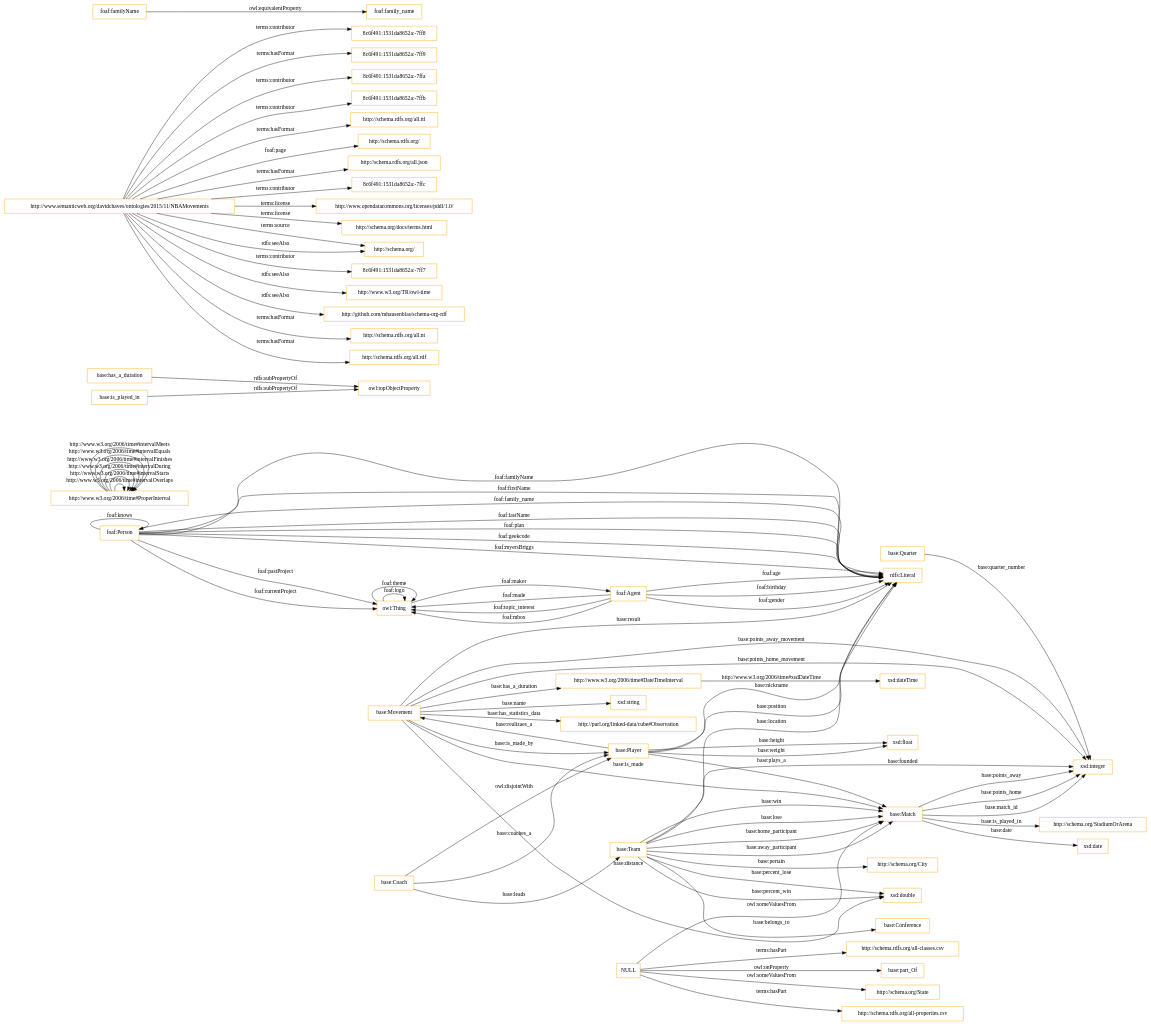
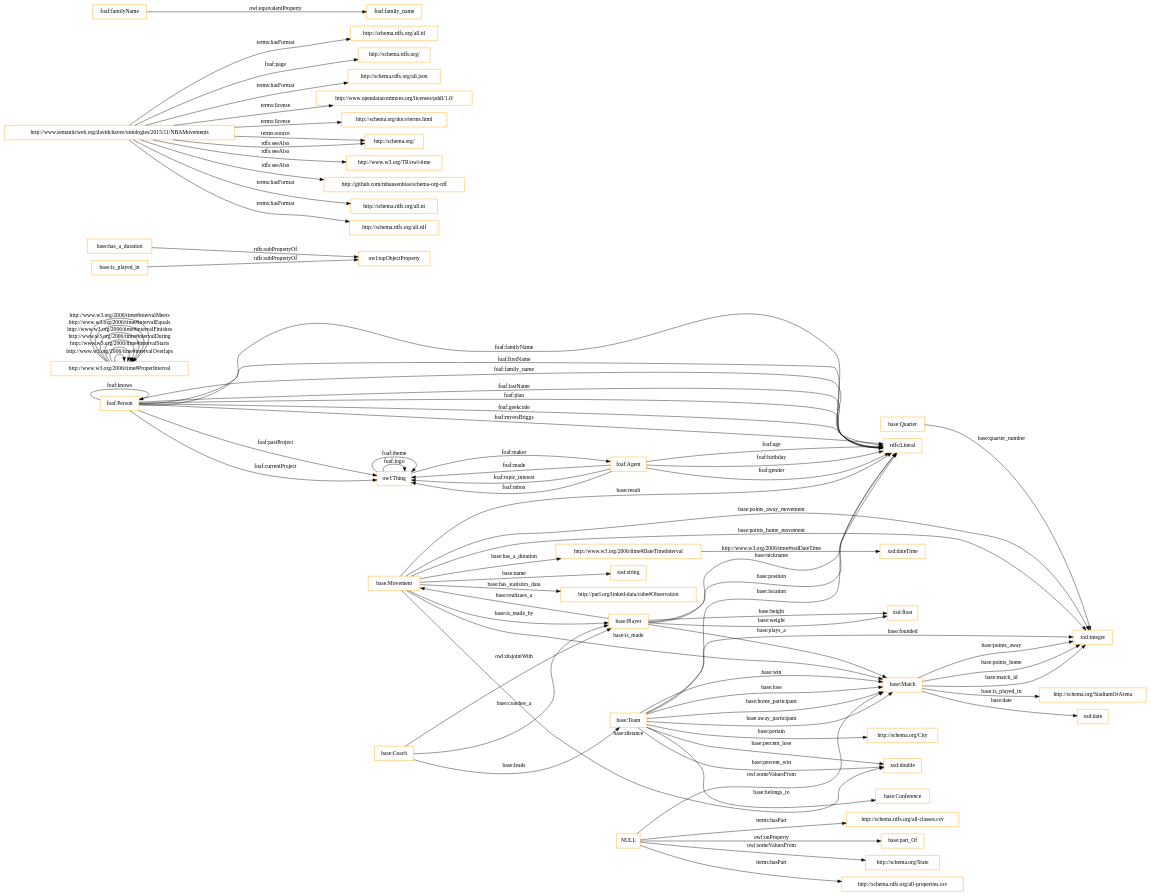
One commit to OnToologyUser/NBAMovements changed the diagram in OnToology/NBAMovementsv2.owl/diagrams/ar2dtool-class/NBAMovementsv2.owl.png.dot. Above: the diagram before and after it, drawn with Graphviz. The commit also changed 7 other files, not shown here.

```diff
--- a/OnToology/NBAMovementsv2.owl/diagrams/ar2dtool-class/NBAMovementsv2.owl.png.dot
+++ b/OnToology/NBAMovementsv2.owl/diagrams/ar2dtool-class/NBAMovementsv2.owl.png.dot
@@ -1,91 +1,85 @@
 digraph ar2dtool_diagram { 
 rankdir=LR;
 size="1501"
 node [shape = rectangle, color="orange"]; "http://www.w3.org/2006/time#DateTimeInterval" "base:Team" "base:Coach" "http://www.w3.org/2006/time#ProperInterval" "http://schema.org/State" "http://schema.org/City" "foaf:Person" "base:Player" "base:Quarter" "http://schema.org/StadiumOrArena" "base:Match" "http://purl.org/linked-data/cube#Observation" "base:Movement" "base:Conference" ; /*classes style*/
 	"base:Coach" -> "base:Player" [ label = "owl:disjointWith" ];
 	"base:has_a_duration" -> "owl:topObjectProperty" [ label = "rdfs:subPropertyOf" ];
-	"http://www.semanticweb.org/davidchaves/ontologies/2015/11/NBAMovements" -> "8c6f491:1531da8652a:-7ff8" [ label = "terms:contributor" ];
-	"http://www.semanticweb.org/davidchaves/ontologies/2015/11/NBAMovements" -> "8c6f491:1531da8652a:-7ff9" [ label = "terms:hasFormat" ];
-	"http://www.semanticweb.org/davidchaves/ontologies/2015/11/NBAMovements" -> "8c6f491:1531da8652a:-7ffa" [ label = "terms:contributor" ];
-	"http://www.semanticweb.org/davidchaves/ontologies/2015/11/NBAMovements" -> "8c6f491:1531da8652a:-7ffb" [ label = "terms:contributor" ];
 	"http://www.semanticweb.org/davidchaves/ontologies/2015/11/NBAMovements" -> "http://schema.rdfs.org/all.ttl" [ label = "terms:hasFormat" ];
 	"http://www.semanticweb.org/davidchaves/ontologies/2015/11/NBAMovements" -> "http://schema.rdfs.org/" [ label = "foaf:page" ];
 	"http://www.semanticweb.org/davidchaves/ontologies/2015/11/NBAMovements" -> "http://schema.rdfs.org/all.json" [ label = "terms:hasFormat" ];
-	"http://www.semanticweb.org/davidchaves/ontologies/2015/11/NBAMovements" -> "8c6f491:1531da8652a:-7ffc" [ label = "terms:contributor" ];
 	"http://www.semanticweb.org/davidchaves/ontologies/2015/11/NBAMovements" -> "http://www.opendatacommons.org/licenses/pddl/1.0/" [ label = "terms:license" ];
 	"http://www.semanticweb.org/davidchaves/ontologies/2015/11/NBAMovements" -> "http://schema.org/docs/terms.html" [ label = "terms:license" ];
 	"http://www.semanticweb.org/davidchaves/ontologies/2015/11/NBAMovements" -> "http://schema.org/" [ label = "terms:source" ];
-	"http://www.semanticweb.org/davidchaves/ontologies/2015/11/NBAMovements" -> "8c6f491:1531da8652a:-7ff7" [ label = "terms:contributor" ];
 	"http://www.semanticweb.org/davidchaves/ontologies/2015/11/NBAMovements" -> "http://www.w3.org/TR/owl-time" [ label = "rdfs:seeAlso" ];
 	"http://www.semanticweb.org/davidchaves/ontologies/2015/11/NBAMovements" -> "http://schema.org/" [ label = "rdfs:seeAlso" ];
 	"http://www.semanticweb.org/davidchaves/ontologies/2015/11/NBAMovements" -> "http://github.com/mhausenblas/schema-org-rdf" [ label = "rdfs:seeAlso" ];
 	"http://www.semanticweb.org/davidchaves/ontologies/2015/11/NBAMovements" -> "http://schema.rdfs.org/all.nt" [ label = "terms:hasFormat" ];
 	"http://www.semanticweb.org/davidchaves/ontologies/2015/11/NBAMovements" -> "http://schema.rdfs.org/all.rdf" [ label = "terms:hasFormat" ];
 	"base:is_played_in" -> "owl:topObjectProperty" [ label = "rdfs:subPropertyOf" ];
 	"foaf:familyName" -> "foaf:family_name" [ label = "owl:equivalentProperty" ];
 	"NULL" -> "http://schema.rdfs.org/all-properties.csv" [ label = "terms:hasPart" ];
 	"NULL" -> "http://schema.rdfs.org/all-classes.csv" [ label = "terms:hasPart" ];
 	"NULL" -> "base:Match" [ label = "owl:someValuesFrom" ];
 	"NULL" -> "http://schema.org/State" [ label = "owl:someValuesFrom" ];
 	"NULL" -> "base:part_Of" [ label = "owl:onProperty" ];
 	"base:Team" -> "rdfs:Literal" [ label = "base:location" ];
 	"owl:Thing" -> "foaf:Agent" [ label = "foaf:maker" ];
 	"base:Player" -> "rdfs:Literal" [ label = "base:nickname" ];
 	"base:Player" -> "rdfs:Literal" [ label = "base:position" ];
 	"base:Movement" -> "xsd:integer" [ label = "base:points_home_movement" ];
 	"http://www.w3.org/2006/time#ProperInterval" -> "http://www.w3.org/2006/time#ProperInterval" [ label = "http://www.w3.org/2006/time#intervalOverlaps" ];
 	"owl:Thing" -> "owl:Thing" [ label = "foaf:logo" ];
 	"foaf:Agent" -> "owl:Thing" [ label = "foaf:made" ];
 	"foaf:Agent" -> "rdfs:Literal" [ label = "foaf:birthday" ];
 	"base:Player" -> "base:Movement" [ label = "base:realizaes_a" ];
 	"foaf:Person" -> "rdfs:Literal" [ label = "foaf:familyName" ];
 	"base:Movement" -> "rdfs:Literal" [ label = "base:result" ];
 	"foaf:Person" -> "rdfs:Literal" [ label = "foaf:firstName" ];
 	"base:Team" -> "base:Match" [ label = "base:home_participant" ];
 	"foaf:Person" -> "owl:Thing" [ label = "foaf:currentProject" ];
 	"base:Movement" -> "http://purl.org/linked-data/cube#Observation" [ label = "base:has_statistics_data" ];
 	"http://www.w3.org/2006/time#ProperInterval" -> "http://www.w3.org/2006/time#ProperInterval" [ label = "http://www.w3.org/2006/time#intervalStarts" ];
 	"http://www.w3.org/2006/time#DateTimeInterval" -> "xsd:dateTime" [ label = "http://www.w3.org/2006/time#xsdDateTime" ];
 	"foaf:Agent" -> "owl:Thing" [ label = "foaf:topic_interest" ];
 	"base:Movement" -> "http://www.w3.org/2006/time#DateTimeInterval" [ label = "base:has_a_duration" ];
 	"foaf:Agent" -> "rdfs:Literal" [ label = "foaf:gender" ];
 	"base:Movement" -> "xsd:string" [ label = "base:name" ];
 	"base:Match" -> "xsd:integer" [ label = "base:points_away" ];
 	"base:Team" -> "base:Match" [ label = "base:away_participant" ];
 	"http://www.w3.org/2006/time#ProperInterval" -> "http://www.w3.org/2006/time#ProperInterval" [ label = "http://www.w3.org/2006/time#intervalDuring" ];
 	"base:Team" -> "base:Conference" [ label = "base:belongs_to" ];
 	"http://www.w3.org/2006/time#ProperInterval" -> "http://www.w3.org/2006/time#ProperInterval" [ label = "http://www.w3.org/2006/time#intervalFinishes" ];
 	"base:Coach" -> "base:Player" [ label = "base:coaches_a" ];
 	"base:Team" -> "xsd:integer" [ label = "base:founded" ];
 	"base:Team" -> "base:Match" [ label = "base:win" ];
 	"base:Match" -> "xsd:integer" [ label = "base:points_home" ];
 	"base:Team" -> "xsd:double" [ label = "base:percent_win" ];
 	"foaf:Person" -> "rdfs:Literal" [ label = "foaf:family_name" ];
 	"base:Movement" -> "xsd:double" [ label = "base:distance" ];
 	"base:Player" -> "xsd:float" [ label = "base:weight" ];
 	"base:Team" -> "base:Match" [ label = "base:lose" ];
 	"owl:Thing" -> "owl:Thing" [ label = "foaf:theme" ];
 	"base:Match" -> "xsd:date" [ label = "base:date" ];
 	"foaf:Agent" -> "rdfs:Literal" [ label = "foaf:age" ];
 	"foaf:Agent" -> "owl:Thing" [ label = "foaf:mbox" ];
 	"foaf:Person" -> "rdfs:Literal" [ label = "foaf:lastName" ];
 	"base:Team" -> "xsd:double" [ label = "base:percent_lose" ];
 	"http://www.w3.org/2006/time#ProperInterval" -> "http://www.w3.org/2006/time#ProperInterval" [ label = "http://www.w3.org/2006/time#intervalEquals" ];
 	"foaf:Person" -> "owl:Thing" [ label = "foaf:pastProject" ];
 	"base:Match" -> "xsd:integer" [ label = "base:match_id" ];
 	"base:Movement" -> "base:Player" [ label = "base:is_made_by" ];
 	"base:Match" -> "http://schema.org/StadiumOrArena" [ label = "base:is_played_in" ];
 	"foaf:Person" -> "foaf:Person" [ label = "foaf:knows" ];
 	"base:Player" -> "base:Match" [ label = "base:plays_a" ];
 	"foaf:Person" -> "rdfs:Literal" [ label = "foaf:plan" ];
 	"foaf:Person" -> "rdfs:Literal" [ label = "foaf:geekcode" ];
 	"base:Team" -> "http://schema.org/City" [ label = "base:pertain" ];
 	"base:Quarter" -> "xsd:integer" [ label = "base:quarter_number" ];
 	"base:Coach" -> "base:Team" [ label = "base:leads" ];
 	"base:Movement" -> "base:Match" [ label = "base:is_made" ];
 	"http://www.w3.org/2006/time#ProperInterval" -> "http://www.w3.org/2006/time#ProperInterval" [ label = "http://www.w3.org/2006/time#intervalMeets" ];
 	"base:Player" -> "xsd:float" [ label = "base:height" ];
 	"base:Movement" -> "xsd:integer" [ label = "base:points_away_movement" ];
 	"foaf:Person" -> "rdfs:Literal" [ label = "foaf:myersBriggs" ];
 
 }
```
